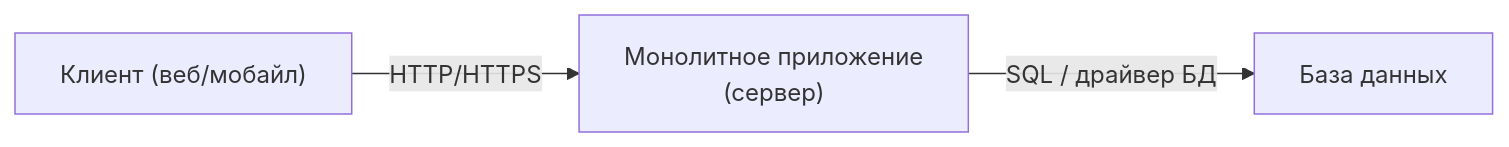
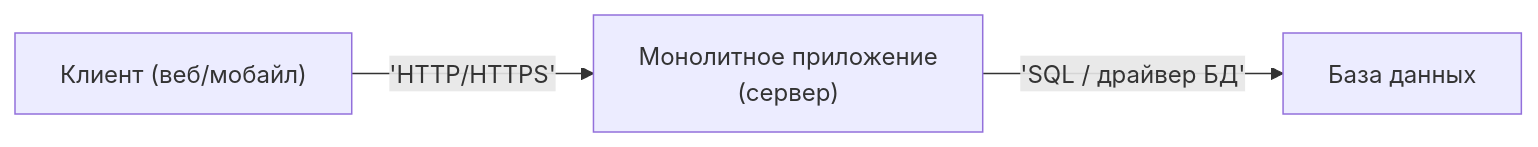
Before and after one commit to DDoSKudya/ai-study-atlas: the first of 3 diagrams in directions/architecture/pact/03_backend_monolit/01_3_1_chto_takoe_monolit_2_3_4_tier.md, drawn with Mermaid. The commit also changed 81 other files, not shown here.

Commit message:
fix(docs): make mermaid diagrams GitHub-compatible across directions content

````diff
--- a/directions/architecture/pact/03_backend_monolit/01_3_1_chto_takoe_monolit_2_3_4_tier.md
+++ b/directions/architecture/pact/03_backend_monolit/01_3_1_chto_takoe_monolit_2_3_4_tier.md
@@ -45,9 +45,9 @@
 ```mermaid
 graph LR
     Client["Клиент (веб/мобайл)"]
     App["Монолитное приложение<br/>(сервер)"]
     DB["База данных"]
 
-    Client -->|"HTTP/HTTPS"| App
-    App -->|"SQL / драйвер БД"| DB
+    Client -->|'HTTP/HTTPS'| App
+    App -->|'SQL / драйвер БД'| DB
 ```
````
